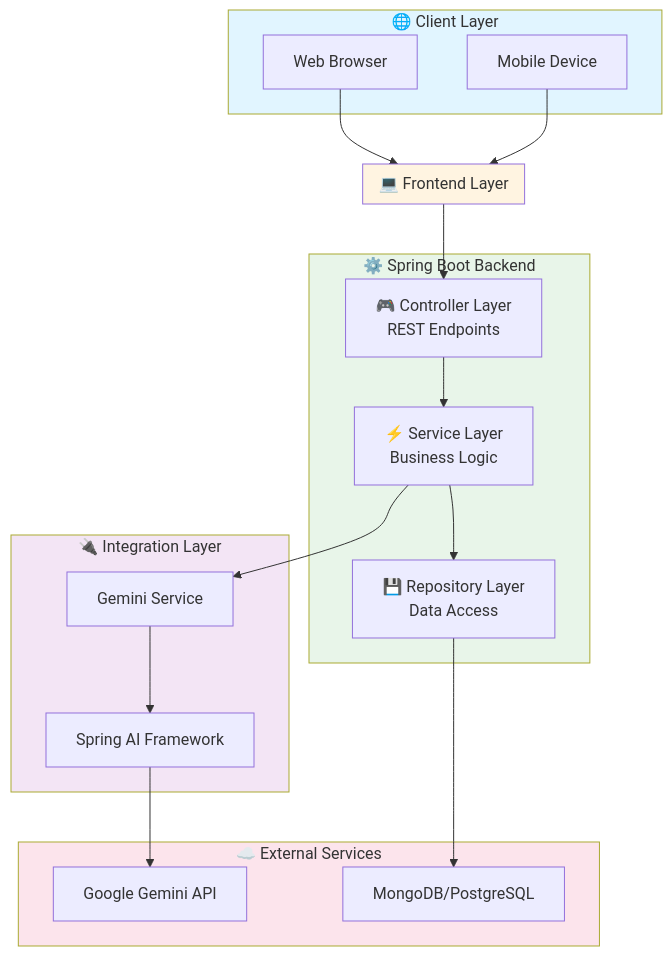
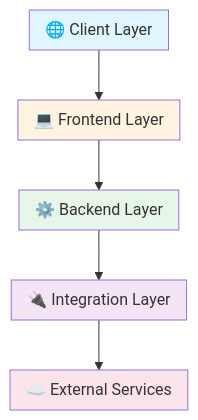
One commit to Marouazzz/research-assistant changed the first of 17 diagrams in README.md. Above: the diagram before and after it, drawn with Mermaid.

````diff
--- a/README.md
+++ b/README.md
@@ -69,42 +69,29 @@
 ```mermaid
 graph TB
     subgraph Client["🌐 Client Layer"]
-        Browser["Web Browser"]
-        Mobile["Mobile Device"]
     end
     
     subgraph Frontend["💻 Frontend Layer"]
     end
     
-    subgraph Backend["⚙️ Spring Boot Backend"]
-        Controller["🎮 Controller Layer<br/>REST Endpoints"]
-        Service["⚡ Service Layer<br/>Business Logic"]
-        Repository["💾 Repository Layer<br/>Data Access"]
+    subgraph Backend["⚙️ Backend Layer"]
     end
     
     subgraph Integration["🔌 Integration Layer"]
-        SpringAI["Spring AI Framework"]
-        GeminiService["Gemini Service"]
     end
     
     subgraph External["☁️ External Services"]
-        GeminiAPI["Google Gemini API"]
-        Database["MongoDB/PostgreSQL"]
     end
-    
-    Browser --> Frontend
-    Mobile --> Frontend
-    Frontend --> Controller
-    Controller --> Service
-    Service --> GeminiService
-    Service --> Repository
-    GeminiService --> SpringAI
-    SpringAI --> GeminiAPI
-    Repository --> Database
-    
+
+    Client --> Frontend
+    Frontend --> Backend
+    Backend --> Integration
+    Integration --> External
+
     style Client fill:#e1f5ff
     style Frontend fill:#fff4e1
     style Backend fill:#e8f5e9
     style Integration fill:#f3e5f5
     style External fill:#fce4ec
+
 ```
````
